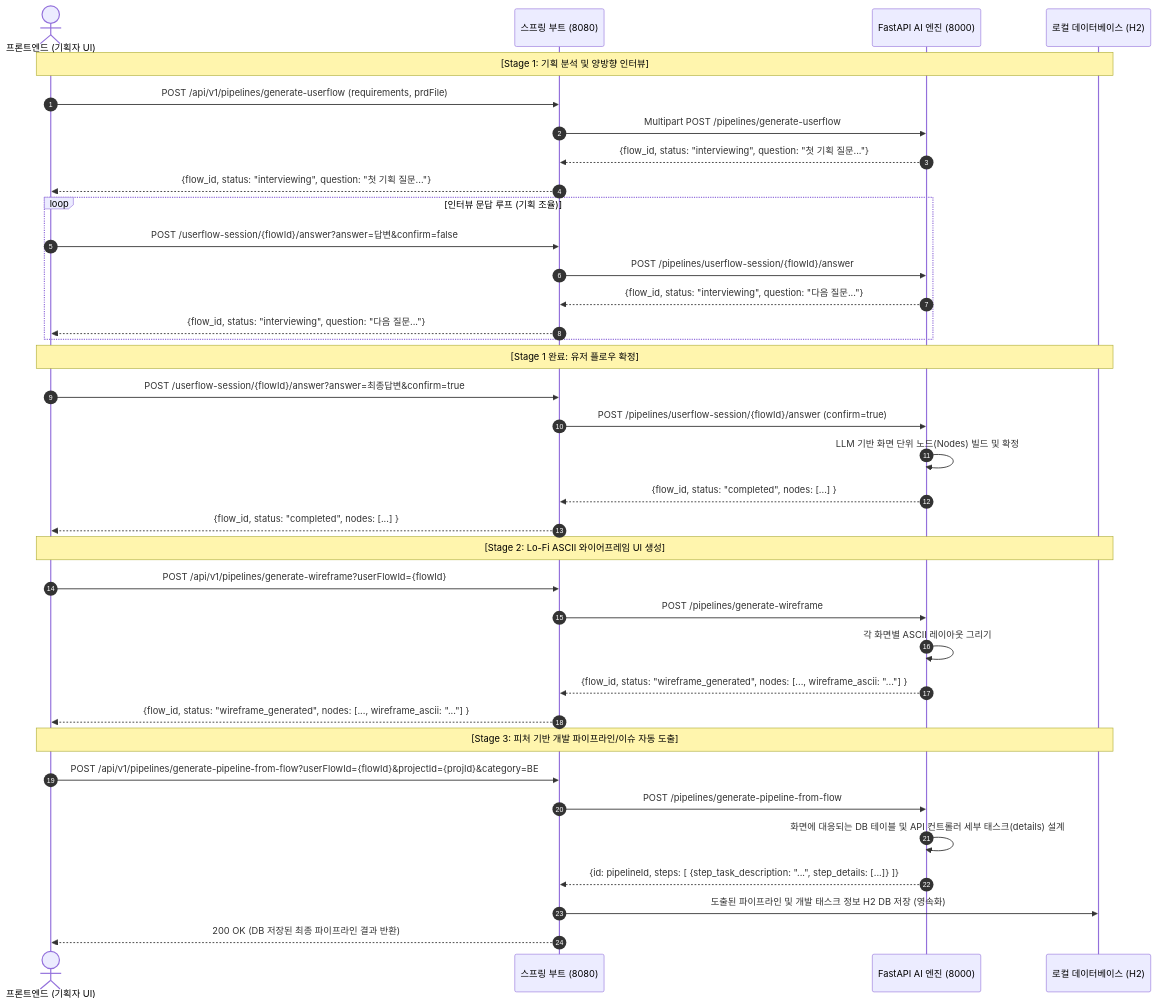
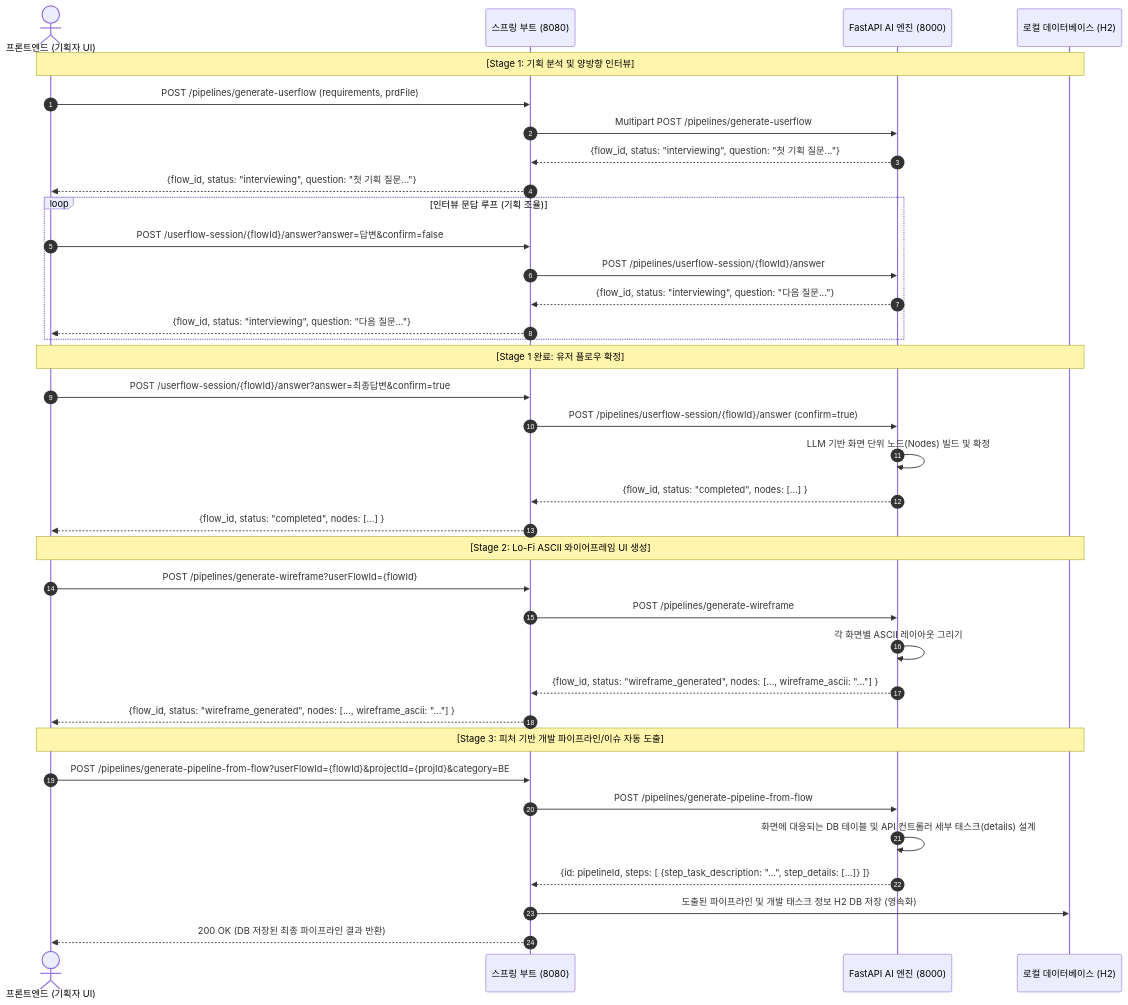
The diagram in docs/pipeline_api_flow_guide.md (Markoalahub/Fithub_BE), drawn with Mermaid before and after one commit. The commit also changed other lines of this file and 20 other files, not shown here.

````diff
--- a/docs/pipeline_api_flow_guide.md
+++ b/docs/pipeline_api_flow_guide.md
@@ -11,43 +11,43 @@
 ```mermaid
 sequenceDiagram
     autonumber
     actor PM as 프론트엔드 (기획자 UI)
     participant SB as 스프링 부트 (8080)
     participant FA as FastAPI AI 엔진 (8000)
     participant DB as 로컬 데이터베이스 (H2)
 
     Note over PM, DB: [Stage 1: 기획 분석 및 양방향 인터뷰]
-    PM->>SB: POST /api/v1/pipelines/generate-userflow (requirements, prdFile)
+    PM->>SB: POST /pipelines/generate-userflow (requirements, prdFile)
     SB->>FA: Multipart POST /pipelines/generate-userflow
     FA-->>SB: {flow_id, status: "interviewing", question: "첫 기획 질문..."}
     SB-->>PM: {flow_id, status: "interviewing", question: "첫 기획 질문..."}
 
     loop 인터뷰 문답 루프 (기획 조율)
         PM->>SB: POST /userflow-session/{flowId}/answer?answer=답변&confirm=false
         SB->>FA: POST /pipelines/userflow-session/{flowId}/answer
         FA-->>SB: {flow_id, status: "interviewing", question: "다음 질문..."}
         SB-->>PM: {flow_id, status: "interviewing", question: "다음 질문..."}
     end
 
     Note over PM, DB: [Stage 1 완료: 유저 플로우 확정]
     PM->>SB: POST /userflow-session/{flowId}/answer?answer=최종답변&confirm=true
     SB->>FA: POST /pipelines/userflow-session/{flowId}/answer (confirm=true)
     FA->>FA: LLM 기반 화면 단위 노드(Nodes) 빌드 및 확정
     FA-->>SB: {flow_id, status: "completed", nodes: [...] }
     SB-->>PM: {flow_id, status: "completed", nodes: [...] }
 
     Note over PM, DB: [Stage 2: Lo-Fi ASCII 와이어프레임 UI 생성]
-    PM->>SB: POST /api/v1/pipelines/generate-wireframe?userFlowId={flowId}
+    PM->>SB: POST /pipelines/generate-wireframe?userFlowId={flowId}
     SB->>FA: POST /pipelines/generate-wireframe
     FA->>FA: 각 화면별 ASCII 레이아웃 그리기
     FA-->>SB: {flow_id, status: "wireframe_generated", nodes: [..., wireframe_ascii: "..."] }
     SB-->>PM: {flow_id, status: "wireframe_generated", nodes: [..., wireframe_ascii: "..."] }
 
     Note over PM, DB: [Stage 3: 피처 기반 개발 파이프라인/이슈 자동 도출]
-    PM->>SB: POST /api/v1/pipelines/generate-pipeline-from-flow?userFlowId={flowId}&projectId={projId}&category=BE
+    PM->>SB: POST /pipelines/generate-pipeline-from-flow?userFlowId={flowId}&projectId={projId}&category=BE
     SB->>FA: POST /pipelines/generate-pipeline-from-flow
     FA->>FA: 화면에 대응되는 DB 테이블 및 API 컨트롤러 세부 태스크(details) 설계
     FA-->>SB: {id: pipelineId, steps: [ {step_task_description: "...", step_details: [...]} ]}
     SB->>DB: 도출된 파이프라인 및 개발 태스크 정보 H2 DB 저장 (영속화)
     SB-->>PM: 200 OK (DB 저장된 최종 파이프라인 결과 반환)
 ```
````
